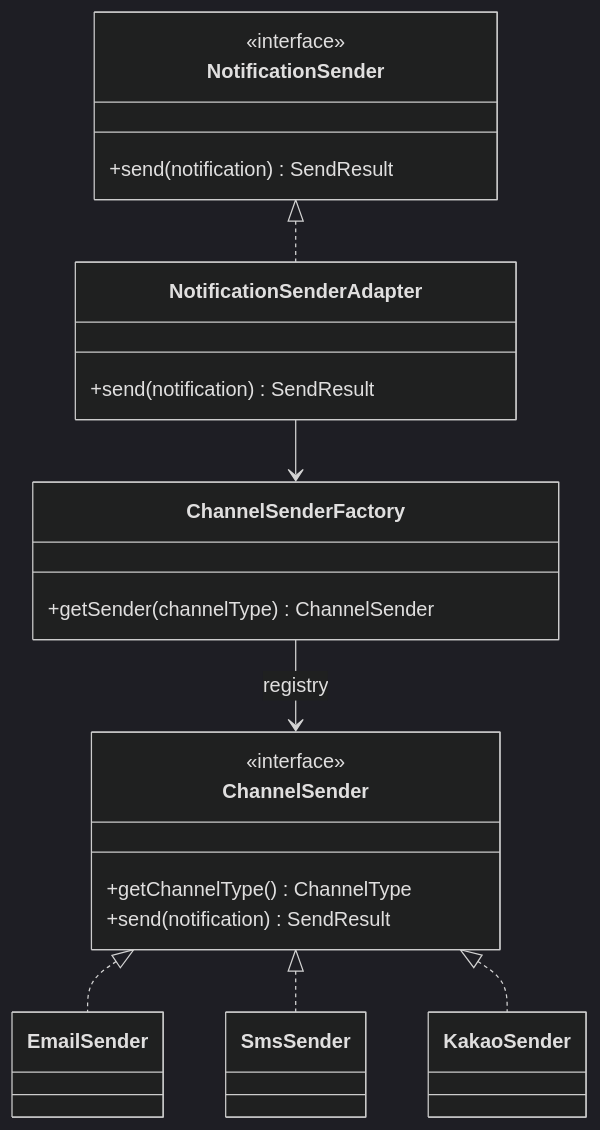
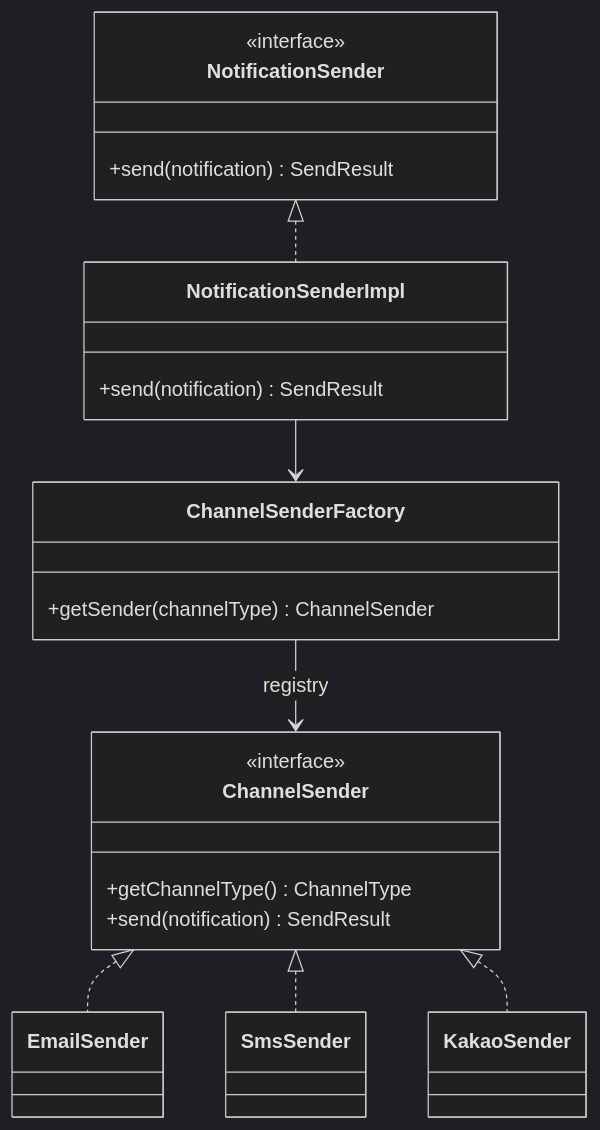
Before and after one commit to yht0827/notification-dispatcher: the fourth of 4 diagrams in docs/03-class-diagrams.md, drawn with Mermaid (dark theme). The commit also changed other lines of this file and 2 other files, not shown here.

Commit message:
chore: ERD 및 다이어그램에 낙관적 락 `version` 필드 추가, 클래스 명칭 변경 및 문서 업데이트

````diff
--- a/docs/03-class-diagrams.md
+++ b/docs/03-class-diagrams.md
@@ -279,34 +280,34 @@
 ```mermaid
 classDiagram
     class NotificationSender {
       <<interface>>
       +send(notification) SendResult
     }
 
-    class NotificationSenderAdapter {
+    class NotificationSenderImpl {
       +send(notification) SendResult
     }
 
     class ChannelSenderFactory {
       +getSender(channelType) ChannelSender
     }
 
     class ChannelSender {
       <<interface>>
       +getChannelType() ChannelType
       +send(notification) SendResult
     }
 
     class EmailSender
     class SmsSender
     class KakaoSender
 
-    NotificationSender <|.. NotificationSenderAdapter
-    NotificationSenderAdapter --> ChannelSenderFactory
+    NotificationSender <|.. NotificationSenderImpl
+    NotificationSenderImpl --> ChannelSenderFactory
 
     ChannelSender <|.. EmailSender
     ChannelSender <|.. SmsSender
     ChannelSender <|.. KakaoSender
 
     ChannelSenderFactory --> ChannelSender : registry
 ```
````
